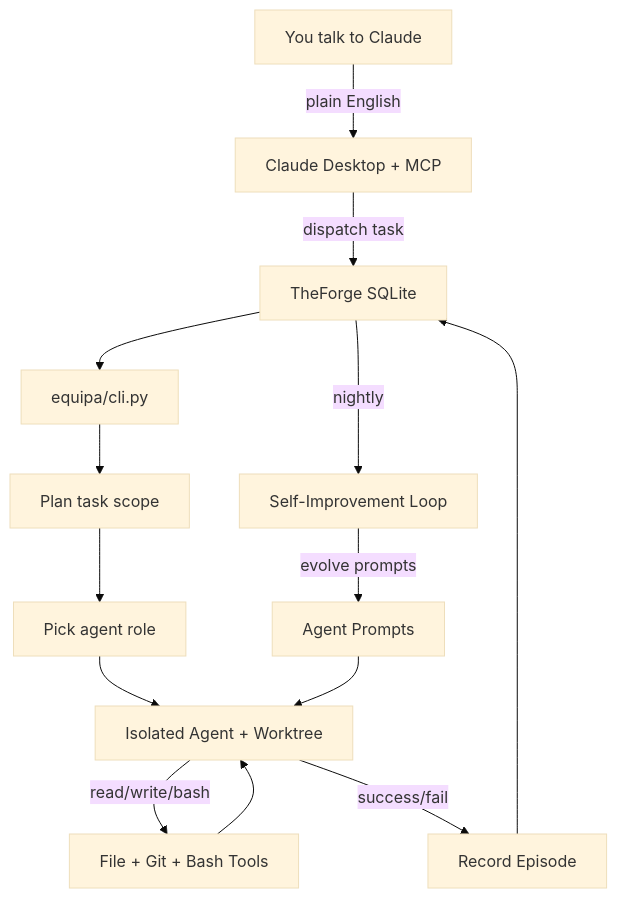
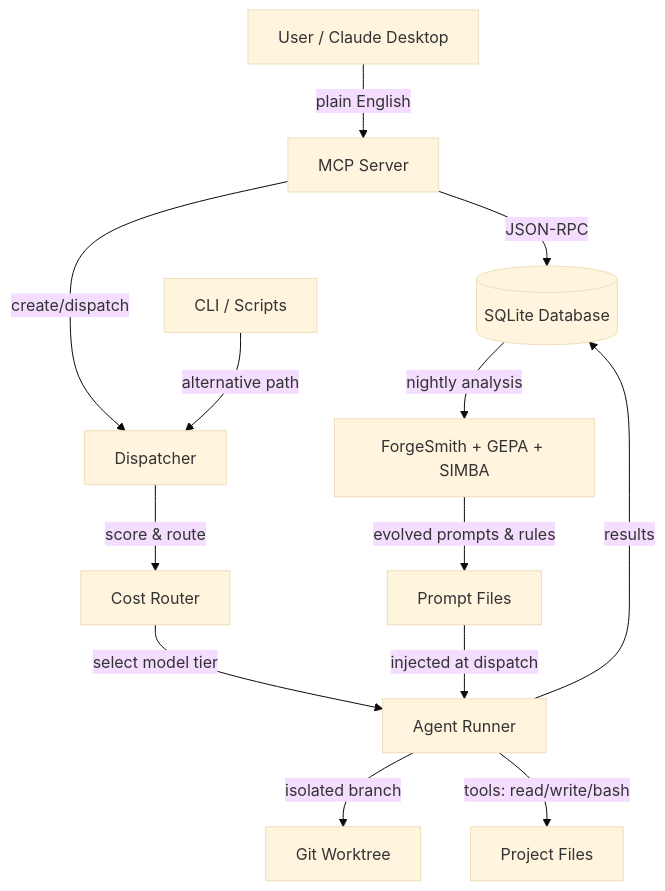
The first of 4 diagrams in docs/ARCHITECTURE.md (sbknana/equipa), drawn with Mermaid (base theme) before and after one commit. The commit also changed other lines of this file and 4 other files, not shown here.

````diff
--- a/docs/ARCHITECTURE.md
+++ b/docs/ARCHITECTURE.md
@@ -33,16 +59,15 @@
 ```mermaid
 graph TD
-    User[You talk to Claude] -->|plain English| Claude[Claude Desktop + MCP]
-    Claude -->|dispatch task| DB[TheForge SQLite]
-    DB --> Orchestrator[equipa/cli.py]
-    Orchestrator --> Planner[Plan task scope]
-    Planner --> Dispatcher[Pick agent role]
-    Dispatcher --> Agent[Isolated Agent + Worktree]
-    Agent -->|read/write/bash| Tools[File + Git + Bash Tools]
-    Tools --> Agent
-    Agent -->|success/fail| Episode[Record Episode]
-    Episode --> DB
-    DB -->|nightly| ForgeSmith[Self-Improvement Loop]
-    ForgeSmith -->|evolve prompts| Prompts[Agent Prompts]
-    Prompts --> Agent
+    User[User / Claude Desktop] -->|plain English| MCP[MCP Server]
+    MCP -->|JSON-RPC| DB[(SQLite Database)]
+    MCP -->|create/dispatch| Dispatch[Dispatcher]
+    CLI[CLI / Scripts] -->|alternative path| Dispatch
+    Dispatch -->|score & route| Router[Cost Router]
+    Router -->|select model tier| Agents[Agent Runner]
+    Agents -->|isolated branch| Worktree[Git Worktree]
+    Agents -->|tools: read/write/bash| Project[Project Files]
+    Agents -->|results| DB
+    DB -->|nightly analysis| ForgeSmith[ForgeSmith + GEPA + SIMBA]
+    ForgeSmith -->|evolved prompts & rules| Prompts[Prompt Files]
+    Prompts -->|injected at dispatch| Agents
 ```
````
